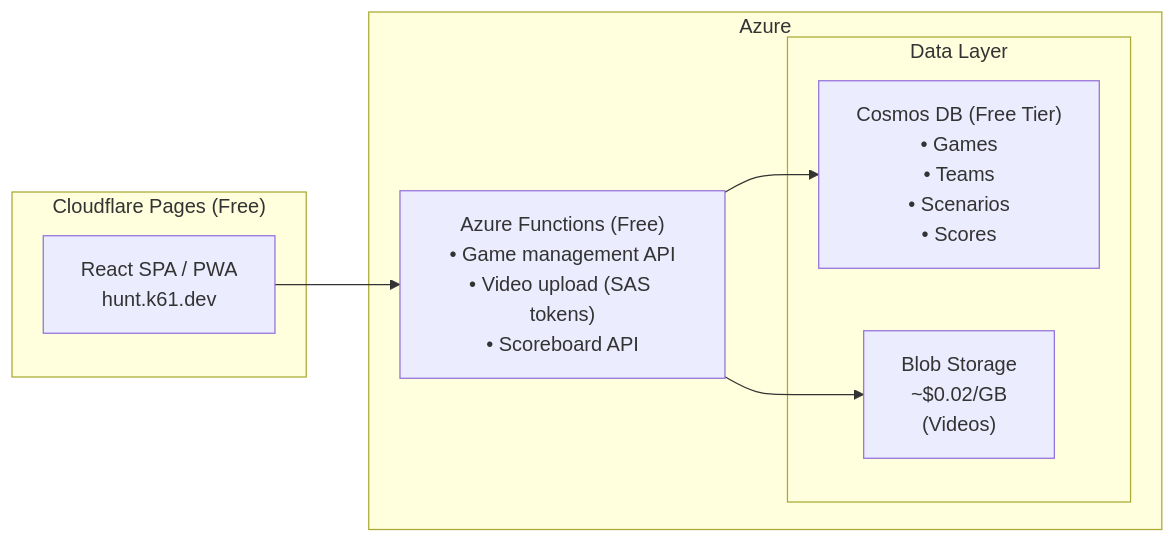
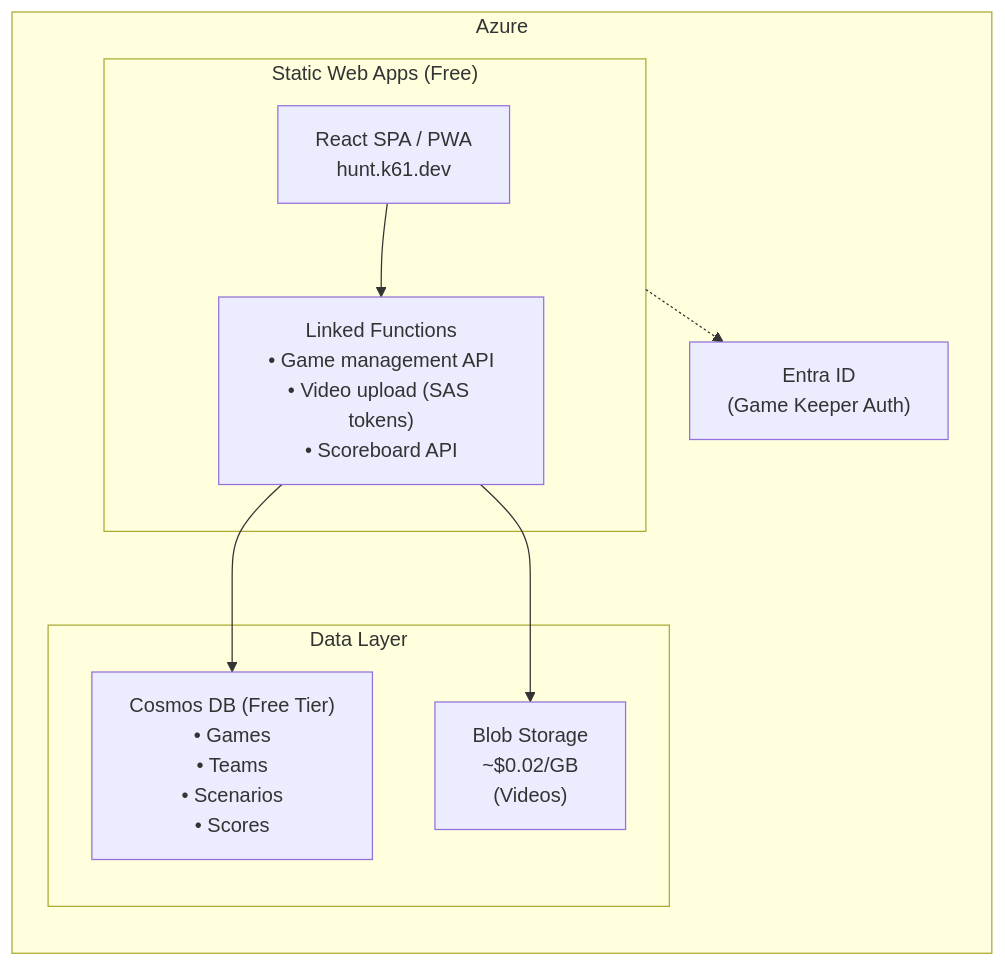
Before and after one commit to kurtzeborn/scavenger-hunt: the diagram in docs/plan.md, drawn with Mermaid. The commit also changed other lines of this file, not shown here.

Commit message:
Switch to Azure Static Web Apps, simplify platform/auth decisions

````diff
--- a/docs/plan.md
+++ b/docs/plan.md
@@ -130,19 +77,21 @@
 ```mermaid
 flowchart LR
-    subgraph CF["Cloudflare Pages (Free)"]
-        PWA["React SPA / PWA<br/>hunt.k61.dev"]
-    end
-    
     subgraph Azure["Azure"]
-        Functions["Azure Functions (Free)<br/>• Game management API<br/>• Video upload (SAS tokens)<br/>• Scoreboard API"]
+        subgraph SWA["Static Web Apps (Free)"]
+            PWA["React SPA / PWA<br/>hunt.k61.dev"]
+            Functions["Linked Functions<br/>• Game management API<br/>• Video upload (SAS tokens)<br/>• Scoreboard API"]
+        end
         
         subgraph Data["Data Layer"]
             Cosmos["Cosmos DB (Free Tier)<br/>• Games<br/>• Teams<br/>• Scenarios<br/>• Scores"]
             Blob["Blob Storage<br/>~$0.02/GB<br/>(Videos)"]
         end
+        
+        EntraID["Entra ID<br/>(Game Keeper Auth)"]
     end
     
     PWA --> Functions
     Functions --> Cosmos
     Functions --> Blob
+    SWA -.-> EntraID
 ```
````
